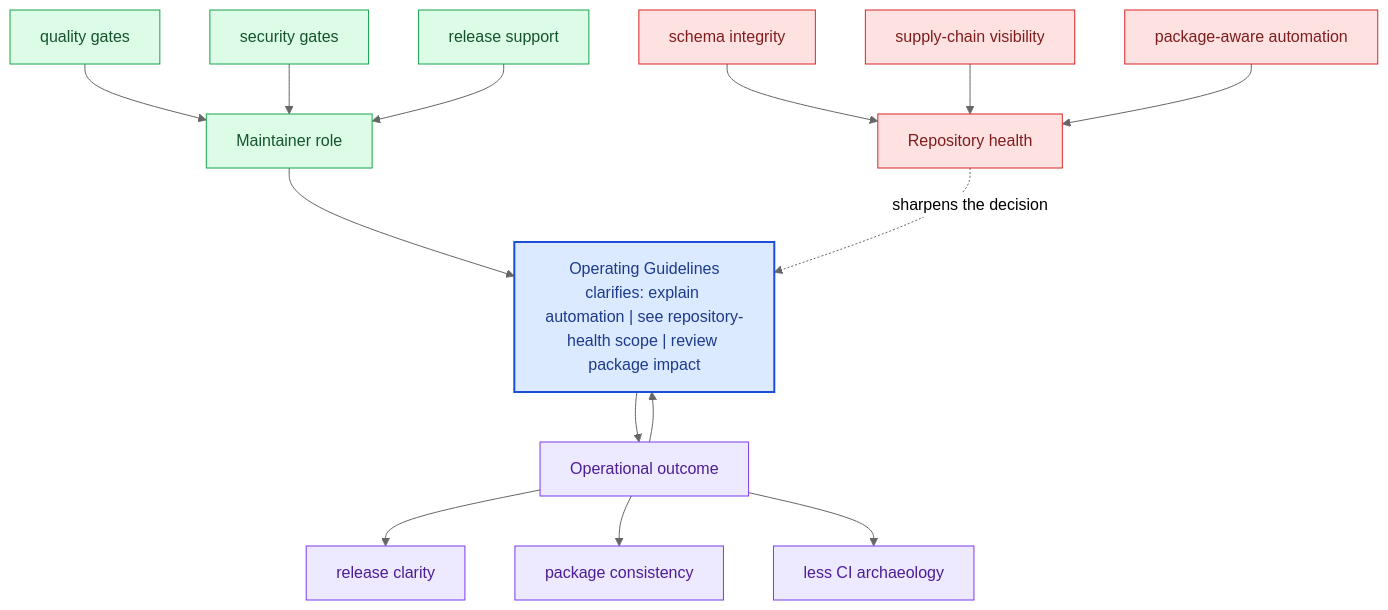
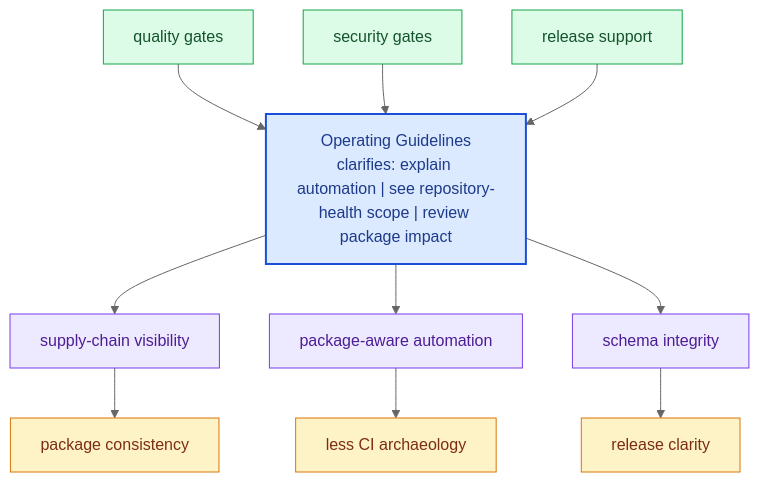
The diagram in docs/bijux-canon-dev/operating-guidelines.md (bijux/bijux-canon), drawn with Mermaid (neutral theme) before and after one commit. The commit also changed other lines of this file and 281 other files, not shown here.

Commit message:
docs(diagrams): replace repeated mermaid scaffolds with page-specific summaries

````diff
--- a/docs/bijux-canon-dev/operating-guidelines.md
+++ b/docs/bijux-canon-dev/operating-guidelines.md
@@ -68,40 +23,31 @@
 ```mermaid
 flowchart TB
-    promise["Operating Guidelines<br/>clarifies: explain automation | see repository-health scope | review package impact"]
-    classDef promise fill:#dbeafe,stroke:#1d4ed8,color:#1e3a8a,stroke-width:2px;
-    classDef driver fill:#dcfce7,stroke:#16a34a,color:#14532d;
-    classDef constraint fill:#fee2e2,stroke:#dc2626,color:#7f1d1d;
-    classDef ground fill:#ede9fe,stroke:#7c3aed,color:#4c1d95;
-    focus1["Maintainer role"]
-    focus1 --> promise
-    focus1_1["quality gates"]
-    focus1_1 --> focus1
-    focus1_2["security gates"]
-    focus1_2 --> focus1
-    focus1_3["release support"]
-    focus1_3 --> focus1
-    class focus1 driver;
-    class focus1_1,focus1_2,focus1_3 driver;
-    focus2["Repository health"]
-    focus2 -.sharpens the decision.-> promise
-    focus2_1["schema integrity"]
-    focus2_1 --> focus2
-    focus2_2["supply-chain visibility"]
-    focus2_2 --> focus2
-    focus2_3["package-aware automation"]
-    focus2_3 --> focus2
-    class focus2 constraint;
-    class focus2_1,focus2_2,focus2_3 constraint;
-    focus3["Operational outcome"]
-    focus3 --> promise
-    promise --> focus3
-    focus3_1["release clarity"]
-    focus3 --> focus3_1
-    focus3_2["package consistency"]
-    focus3 --> focus3_2
-    focus3_3["less CI archaeology"]
-    focus3 --> focus3_3
-    class focus3 ground;
-    class focus3_1,focus3_2,focus3_3 ground;
-    class promise promise;
+    page["Operating Guidelines<br/>clarifies: explain automation | see repository-health scope | review package impact"]
+    classDef page fill:#dbeafe,stroke:#1d4ed8,color:#1e3a8a,stroke-width:2px;
+    classDef positive fill:#dcfce7,stroke:#16a34a,color:#14532d;
+    classDef caution fill:#fee2e2,stroke:#dc2626,color:#7f1d1d;
+    classDef anchor fill:#ede9fe,stroke:#7c3aed,color:#4c1d95;
+    classDef action fill:#fef3c7,stroke:#d97706,color:#7c2d12;
+    role1["quality gates"]
+    role1 --> page
+    role2["security gates"]
+    role2 --> page
+    role3["release support"]
+    role3 --> page
+    health1["supply-chain visibility"]
+    page --> health1
+    health2["package-aware automation"]
+    page --> health2
+    health3["schema integrity"]
+    page --> health3
+    outcome1["package consistency"]
+    health1 --> outcome1
+    outcome2["less CI archaeology"]
+    health2 --> outcome2
+    outcome3["release clarity"]
+    health3 --> outcome3
+    class page page;
+    class role1,role2,role3 positive;
+    class health1,health2,health3 anchor;
+    class outcome1,outcome2,outcome3 action;
 ```
````
